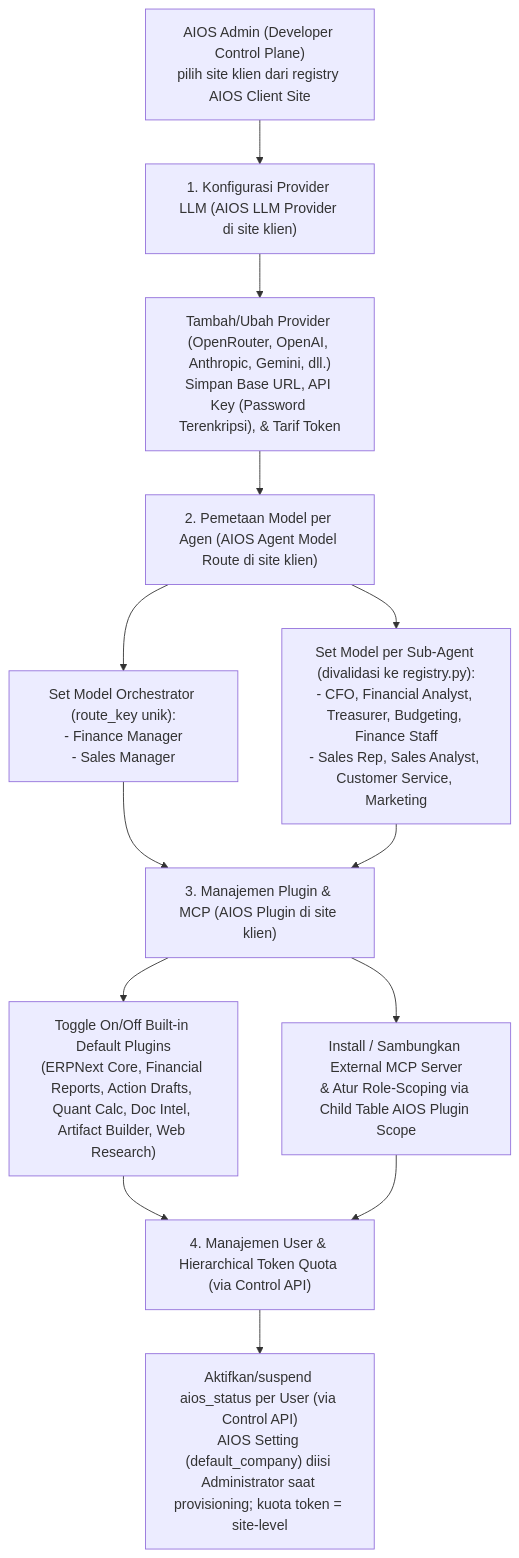
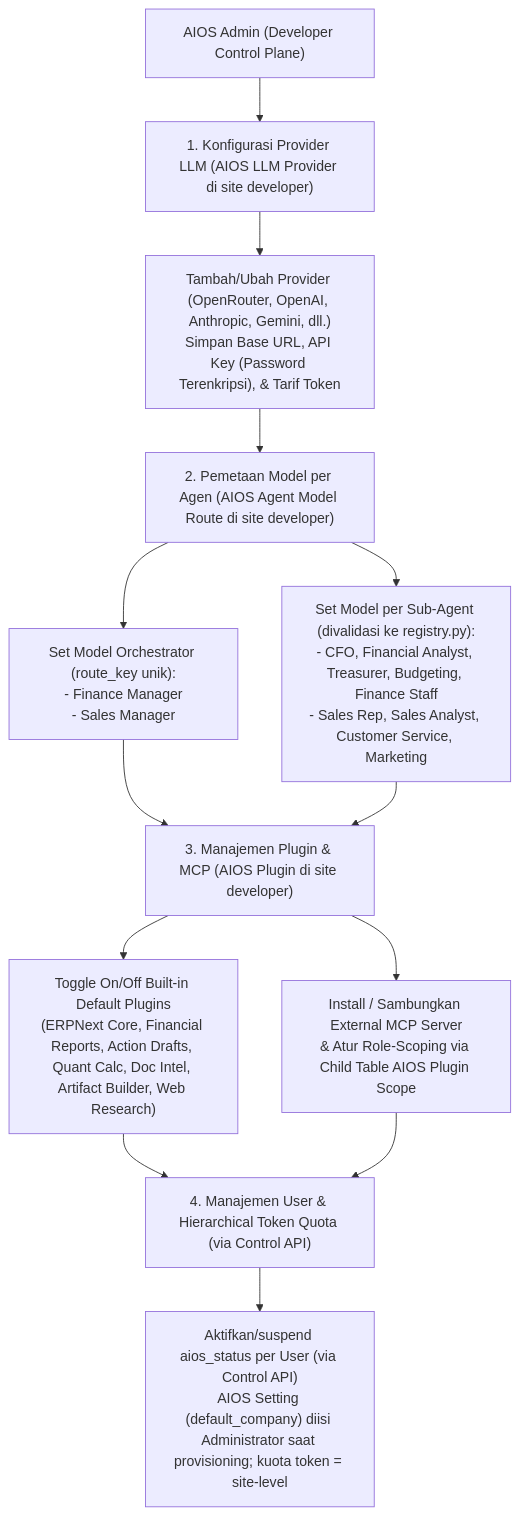
The second of 8 diagrams in docs/04-alur-kerja-sistem.md (Tenshi1308/aios-frappe-16), drawn with Mermaid before and after one commit. The commit also changed other lines of this file and 6 other files, not shown here.

````diff
--- a/docs/04-alur-kerja-sistem.md
+++ b/docs/04-alur-kerja-sistem.md
@@ -55,15 +57,15 @@
 ```mermaid
 flowchart TD
-    Admin["AIOS Admin (Developer Control Plane)<br/>pilih site klien dari registry AIOS Client Site"] --> Prov["1. Konfigurasi Provider LLM (AIOS LLM Provider di site klien)"]
+    Admin["AIOS Admin (Developer Control Plane)"] --> Prov["1. Konfigurasi Provider LLM (AIOS LLM Provider di site developer)"]
     Prov --> ProvDetail["Tambah/Ubah Provider (OpenRouter, OpenAI, Anthropic, Gemini, dll.)\nSimpan Base URL, API Key (Password Terenkripsi), & Tarif Token"]
-    ProvDetail --> Route["2. Pemetaan Model per Agen (AIOS Agent Model Route di site klien)"]
+    ProvDetail --> Route["2. Pemetaan Model per Agen (AIOS Agent Model Route di site developer)"]
     Route --> RouteOrch["Set Model Orchestrator (route_key unik):\n- Finance Manager\n- Sales Manager"]
     Route --> RouteSub["Set Model per Sub-Agent (divalidasi ke registry.py):\n- CFO, Financial Analyst, Treasurer, Budgeting, Finance Staff\n- Sales Rep, Sales Analyst, Customer Service, Marketing"]
-    RouteOrch --> Plugin["3. Manajemen Plugin & MCP (AIOS Plugin di site klien)"]
+    RouteOrch --> Plugin["3. Manajemen Plugin & MCP (AIOS Plugin di site developer)"]
     RouteSub --> Plugin
     Plugin --> PluginBuiltIn["Toggle On/Off Built-in Default Plugins\n(ERPNext Core, Financial Reports, Action Drafts, Quant Calc, Doc Intel, Artifact Builder, Web Research)"]
     Plugin --> PluginExt["Install / Sambungkan External MCP Server\n& Atur Role-Scoping via Child Table AIOS Plugin Scope"]
     PluginBuiltIn --> Quota["4. Manajemen User & Hierarchical Token Quota (via Control API)"]
     PluginExt --> Quota
     Quota --> QuotaDetail["Aktifkan/suspend aios_status per User (via Control API)\nAIOS Setting (default_company) diisi Administrator saat provisioning; kuota token = site-level"]
 ```
````
